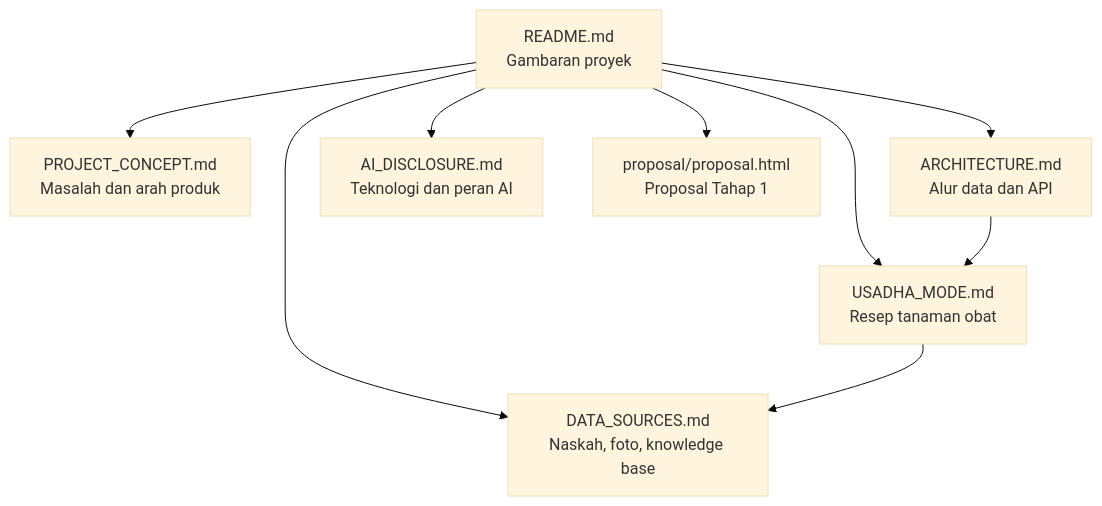
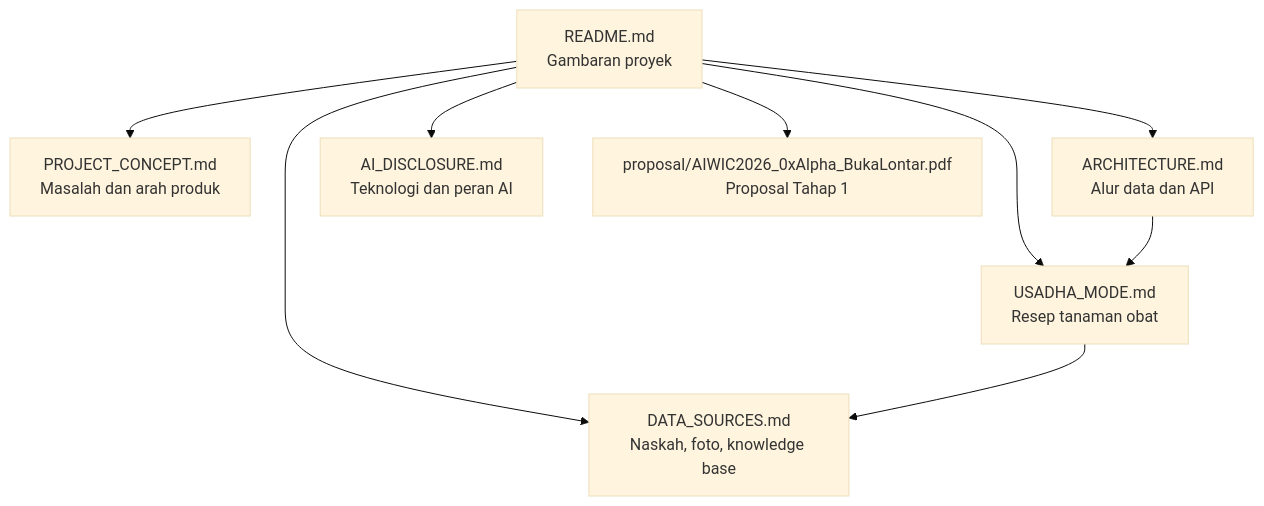
The diagram in docs/README.md (0xMinomus/bukalontar), drawn with Mermaid (base theme) before and after one commit. The commit also changed other lines of this file and 2 other files, not shown here.

Commit message:
docs(proposal): publish monochrome PDF only

````diff
--- a/docs/README.md
+++ b/docs/README.md
@@ -19,11 +17,11 @@
 ```mermaid
 graph TD
     README["README.md<br/>Gambaran proyek"] --> CONCEPT["PROJECT_CONCEPT.md<br/>Masalah dan arah produk"]
     README --> ARCH["ARCHITECTURE.md<br/>Alur data dan API"]
     README --> USADHA["USADHA_MODE.md<br/>Resep tanaman obat"]
     README --> SOURCES["DATA_SOURCES.md<br/>Naskah, foto, knowledge base"]
     README --> DISCLOSURE["AI_DISCLOSURE.md<br/>Teknologi dan peran AI"]
-    README --> PROPOSAL["proposal/proposal.html<br/>Proposal Tahap 1"]
+    README --> PROPOSAL["proposal/AIWIC2026_0xAlpha_BukaLontar.pdf<br/>Proposal Tahap 1"]
     ARCH --> USADHA
     USADHA --> SOURCES
 ```
````
